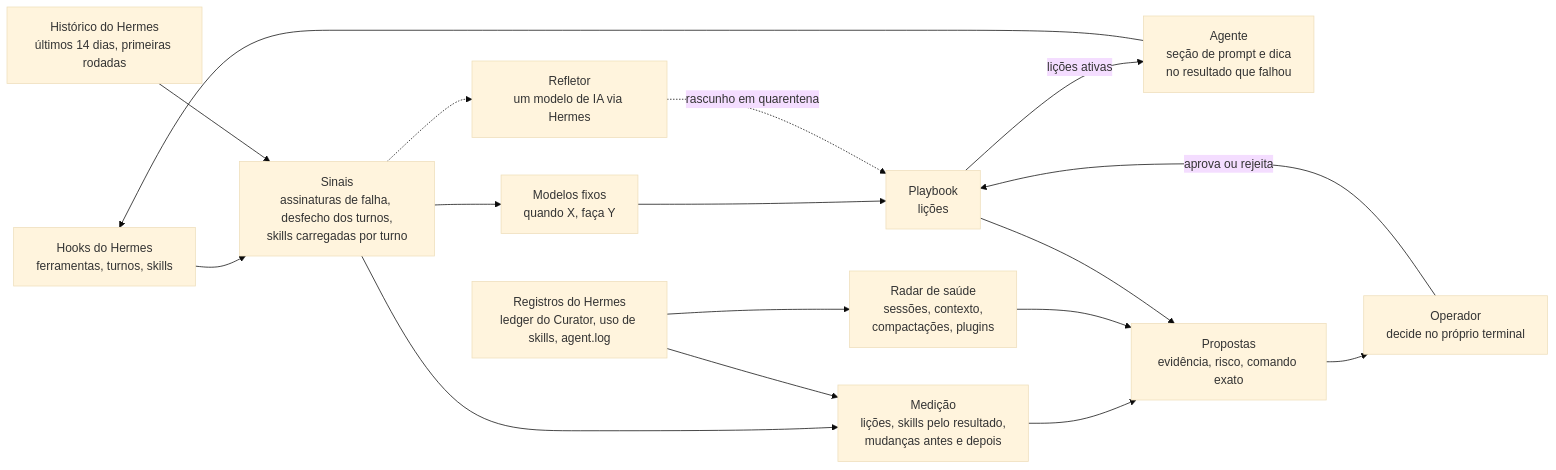
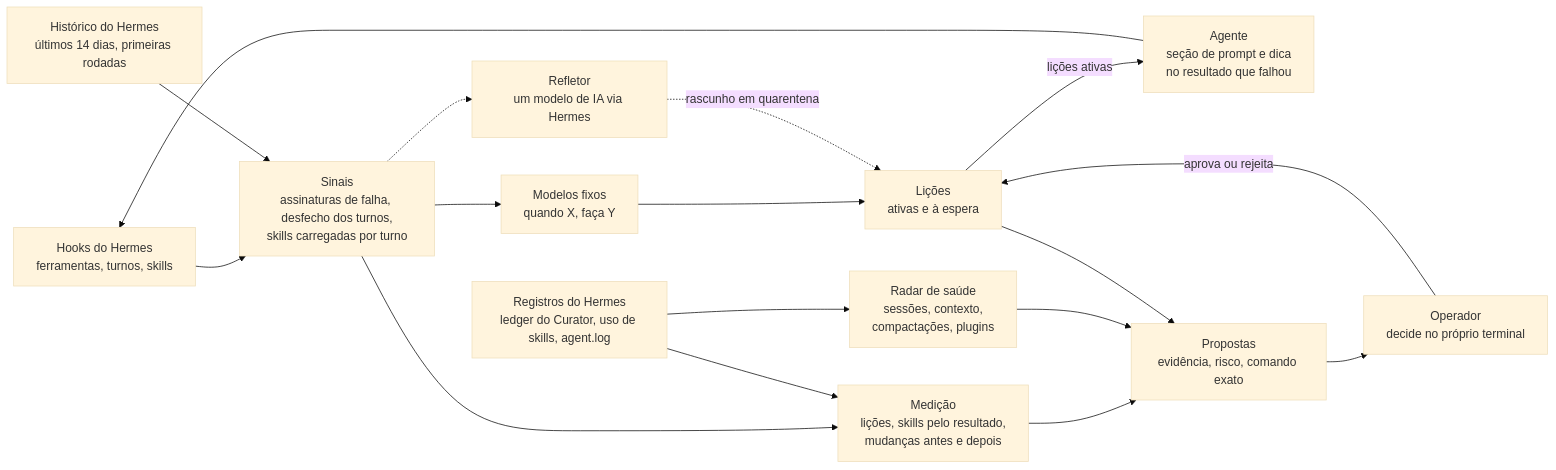
Before and after one commit to sesantanajr/hermes-atlas-evolution: the diagram in docs/pt-BR/evolution-loop.md, drawn with Mermaid (base theme). The commit also changed other lines of this file and 55 other files, not shown here.

````diff
--- a/docs/pt-BR/evolution-loop.md
+++ b/docs/pt-BR/evolution-loop.md
@@ -49,32 +49,32 @@
 ```mermaid
 flowchart LR
     hooks["Hooks do Hermes<br/>ferramentas, turnos, skills"]
     history["Histórico do Hermes<br/>últimos 14 dias, primeiras rodadas"]
     records["Registros do Hermes<br/>ledger do Curator, uso de skills, agent.log"]
     signals["Sinais<br/>assinaturas de falha, desfecho dos turnos,<br/>skills carregadas por turno"]
     templates["Modelos fixos<br/>quando X, faça Y"]
     reflector["Refletor<br/>um modelo de IA via Hermes"]
-    playbook["Playbook<br/>lições"]
+    playbook["Lições<br/>ativas e à espera"]
     agent["Agente<br/>seção de prompt e dica<br/>no resultado que falhou"]
     measure["Medição<br/>lições, skills pelo resultado,<br/>mudanças antes e depois"]
     radar["Radar de saúde<br/>sessões, contexto,<br/>compactações, plugins"]
     proposals["Propostas<br/>evidência, risco, comando exato"]
     operator["Operador<br/>decide no próprio terminal"]
 
     hooks --> signals
     history --> signals
     signals --> templates
     templates --> playbook
     signals -.-> reflector
     reflector -.->|rascunho em quarentena| playbook
     playbook -->|lições ativas| agent
     agent --> hooks
     signals --> measure
     records --> measure
     records --> radar
     measure --> proposals
     radar --> proposals
     playbook --> proposals
     proposals --> operator
     operator -->|aprova ou rejeita| playbook
 ```
````
